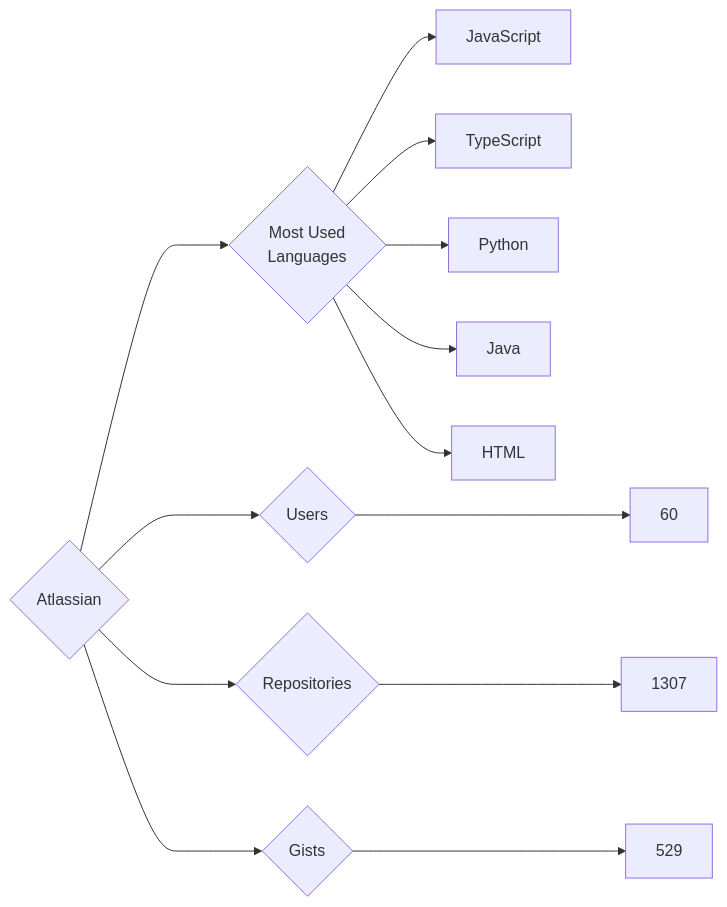
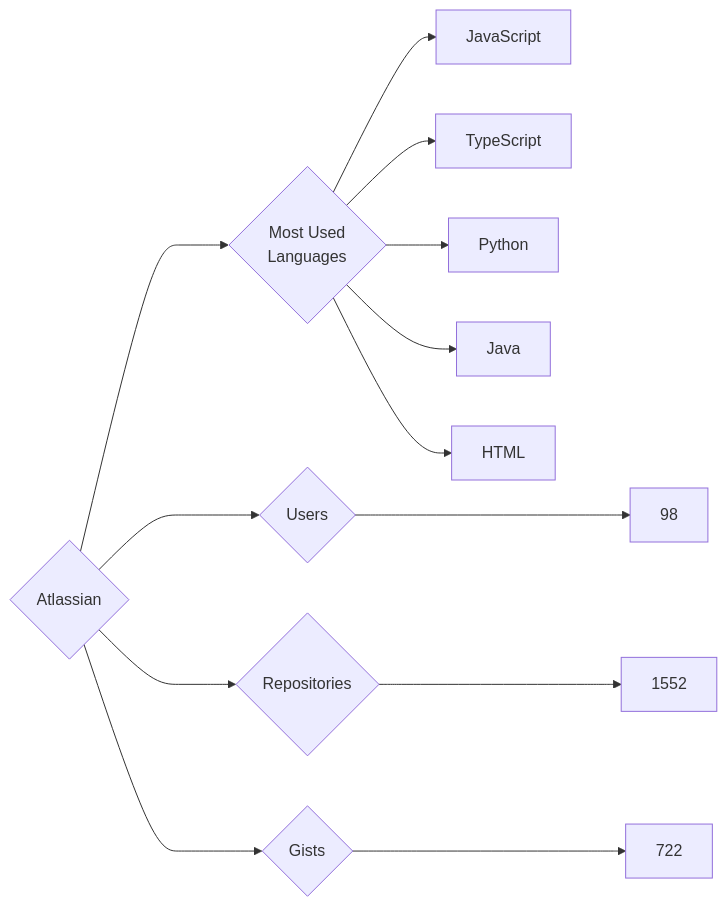
The diagram in targets/Atlassian/README.md (trickest/insiders), drawn with Mermaid before and after one commit. The commit also changed 681 other files, not shown here.

````diff
--- a/targets/Atlassian/README.md
+++ b/targets/Atlassian/README.md
@@ -3,13 +3,13 @@
 ```mermaid
 graph LR
 COMPANY_NAME{Atlassian}
-COMPANY_NAME ---> U{Users} ---> UN[60]
-COMPANY_NAME ---> R{Repositories} ---> RN[1307]
-COMPANY_NAME ---> G{Gists} ---> GN[529]
+COMPANY_NAME ---> U{Users} ---> UN[98]
+COMPANY_NAME ---> R{Repositories} ---> RN[1552]
+COMPANY_NAME ---> G{Gists} ---> GN[722]
 COMPANY_NAME ---> ML{Most Used<br>Languages}
 ML --> JavaScript[JavaScript]
 ML --> TypeScript[TypeScript]
 ML --> Python[Python]
 ML --> Java[Java]
 ML --> HTML[HTML]
 ```
````
